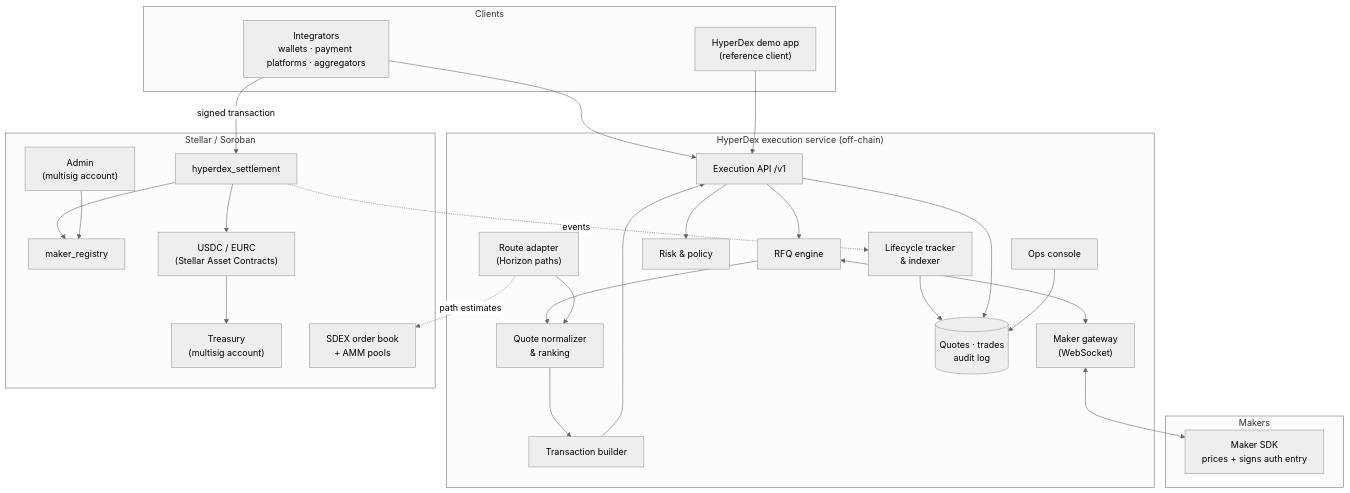
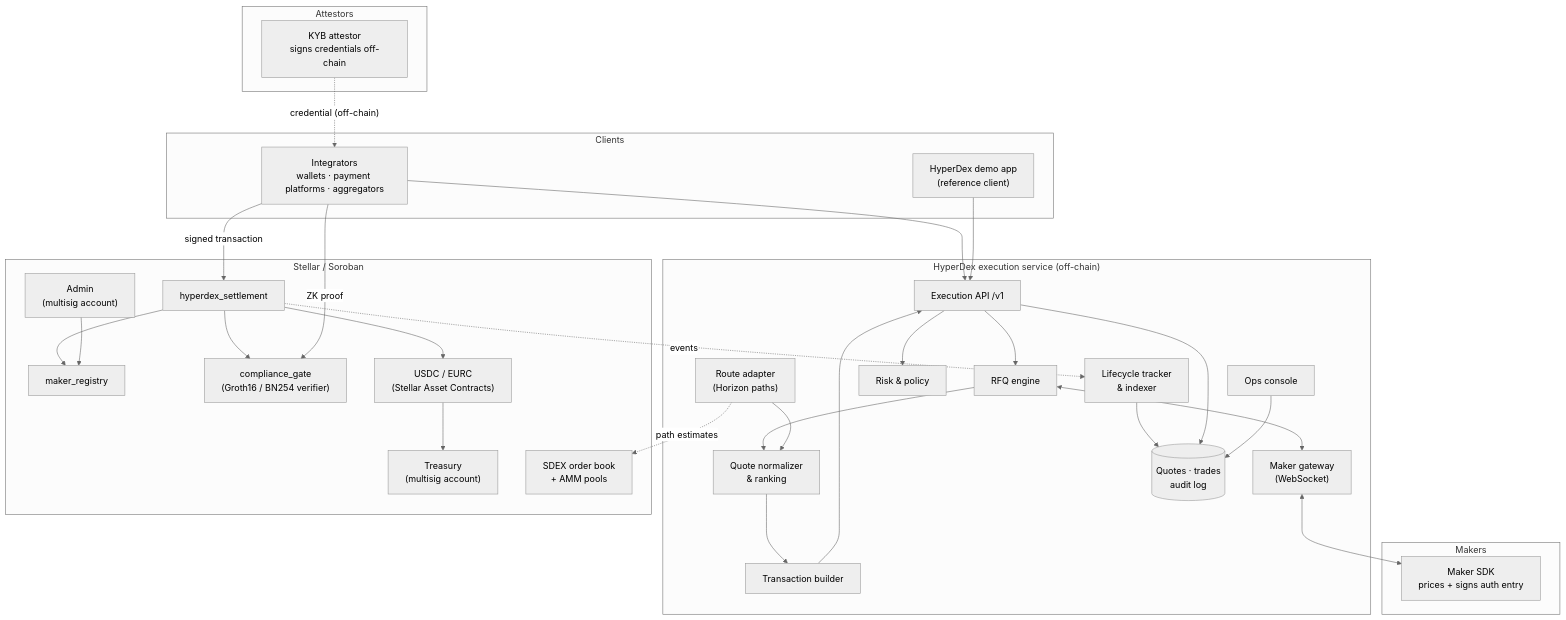
One commit to hyperdexnetwork/HyperDex changed the first of 3 diagrams in docs/TARGET_ARCHITECTURE.md. Above: the diagram before and after it, drawn with Mermaid (neutral theme). The commit also changed other lines of this file and 1 other file, not shown here.

Commit message:
Docs: v3 adds ZK compliance credentials and sub-2-second quote collection

````diff
--- a/docs/TARGET_ARCHITECTURE.md
+++ b/docs/TARGET_ARCHITECTURE.md
@@ -57,54 +57,62 @@
 ```mermaid
 flowchart TB
     subgraph Clients["Clients"]
         INT["Integrators<br/>wallets · payment platforms · aggregators"]
         DEMO["HyperDex demo app<br/>(reference client)"]
     end
 
     subgraph Service["HyperDex execution service (off-chain)"]
         API["Execution API /v1"]
         RFQ["RFQ engine"]
         GW["Maker gateway<br/>(WebSocket)"]
         RT["Route adapter<br/>(Horizon paths)"]
         NR["Quote normalizer<br/>& ranking"]
         TB["Transaction builder"]
         RK["Risk & policy"]
         TR["Lifecycle tracker<br/>& indexer"]
         DB[("Quotes · trades<br/>audit log")]
         OPS["Ops console"]
     end
 
     subgraph Makers["Makers"]
         SDK["Maker SDK<br/>prices + signs auth entry"]
     end
 
     subgraph Chain["Stellar / Soroban"]
         SET["hyperdex_settlement"]
         REG["maker_registry"]
+        CG["compliance_gate<br/>(Groth16 / BN254 verifier)"]
         SAC["USDC / EURC<br/>(Stellar Asset Contracts)"]
         TRE["Treasury<br/>(multisig account)"]
         DEX["SDEX order book<br/>+ AMM pools"]
         ADM["Admin<br/>(multisig account)"]
+    end
+
+    subgraph Attest["Attestors"]
+        ATT["KYB attestor<br/>signs credentials off-chain"]
     end
 
     INT --> API
     DEMO --> API
     API --> RK
     API --> RFQ
     RFQ <--> GW
     GW <--> SDK
     RFQ --> NR
     RT --> NR
     RT -. path estimates .-> DEX
     NR --> TB
     TB --> API
     INT -- "signed transaction" --> SET
     SET --> REG
+    SET --> CG
+    ATT -. "credential (off-chain)" .-> INT
+    INT -- "ZK proof" --> CG
     SET --> SAC
     SAC --> TRE
     ADM --> REG
     SET -. events .-> TR
     TR --> DB
     API --> DB
     OPS --> DB
 ```
````
